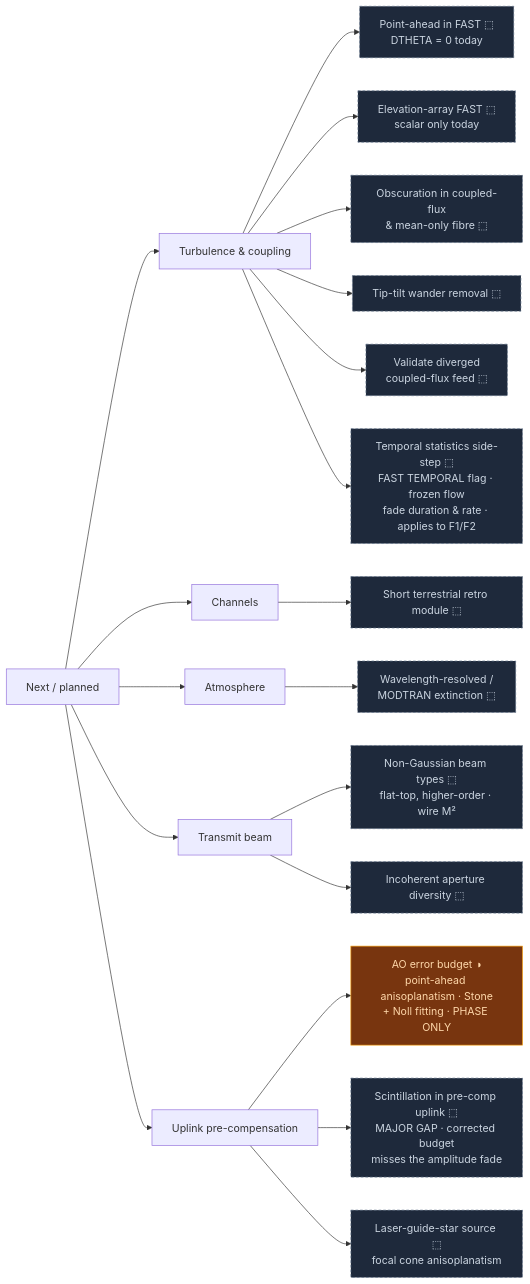
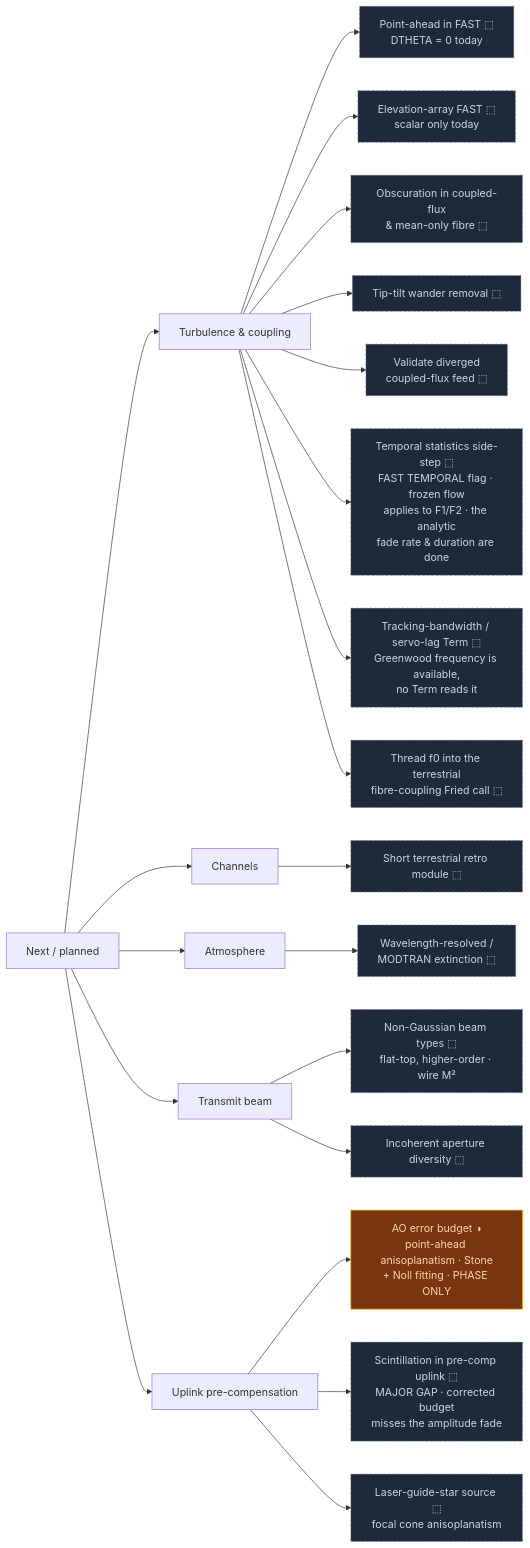
One commit to bigfraw/optical_link_budget changed the fourth of 4 diagrams in README.md. Above: the diagram before and after it, drawn with Mermaid. The commit also changed other lines of this file and 8 other files, not shown here.

````diff
--- a/README.md
+++ b/README.md
@@ -182,30 +189,32 @@
 ```mermaid
 flowchart LR
   N["Next / planned"]
 
   N --> NT["Turbulence & coupling"]
   NT --> NT1["Point-ahead in FAST ⬚<br/>DTHETA = 0 today"]:::planned
   NT --> NT2["Elevation-array FAST ⬚<br/>scalar only today"]:::planned
   NT --> NT3["Obscuration in coupled-flux<br/>& mean-only fibre ⬚"]:::planned
   NT --> NT4["Tip-tilt wander removal ⬚"]:::planned
   NT --> NT5["Validate diverged<br/>coupled-flux feed ⬚"]:::planned
-  NT --> NT6["Temporal statistics side-step ⬚<br/>FAST TEMPORAL flag · frozen flow<br/>fade duration &amp; rate · applies to F1/F2"]:::planned
+  NT --> NT6["Temporal statistics side-step ⬚<br/>FAST TEMPORAL flag · frozen flow<br/>applies to F1/F2 · the analytic<br/>fade rate &amp; duration are done"]:::planned
+  NT --> NT7["Tracking-bandwidth / servo-lag Term ⬚<br/>Greenwood frequency is available,<br/>no Term reads it"]:::planned
+  NT --> NT8["Thread f0 into the terrestrial<br/>fibre-coupling Fried call ⬚"]:::planned
 
   N --> NC["Channels"]
   NC --> NC2["Short terrestrial retro module ⬚"]:::planned
 
   N --> NA["Atmosphere"]
   NA --> NA1["Wavelength-resolved /<br/>MODTRAN extinction ⬚"]:::planned
 
   N --> NTX["Transmit beam"]
   NTX --> NTX1["Non-Gaussian beam types ⬚<br/>flat-top, higher-order · wire M²"]:::planned
   NTX --> NTX2["Incoherent aperture diversity ⬚"]:::planned
 
   N --> NP["Uplink pre-compensation"]
   NP --> NP1["AO error budget ◑<br/>point-ahead anisoplanatism · Stone<br/>+ Noll fitting · PHASE ONLY"]:::partial
   NP --> NP2["Scintillation in pre-comp uplink ⬚<br/>MAJOR GAP · corrected budget<br/>misses the amplitude fade"]:::planned
   NP --> NP3["Laser-guide-star source ⬚<br/>focal cone anisoplanatism"]:::planned
 
   classDef partial fill:#78350f,color:#fed7aa,stroke:#f59e0b;
   classDef planned fill:#1e293b,color:#cbd5e1,stroke:#64748b,stroke-dasharray:4 3;
 ```
````
